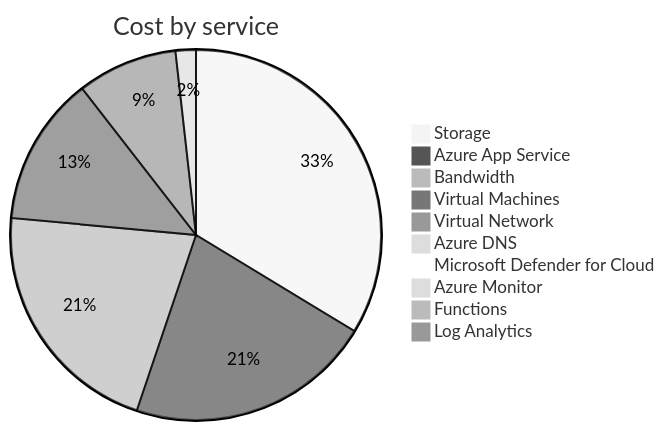
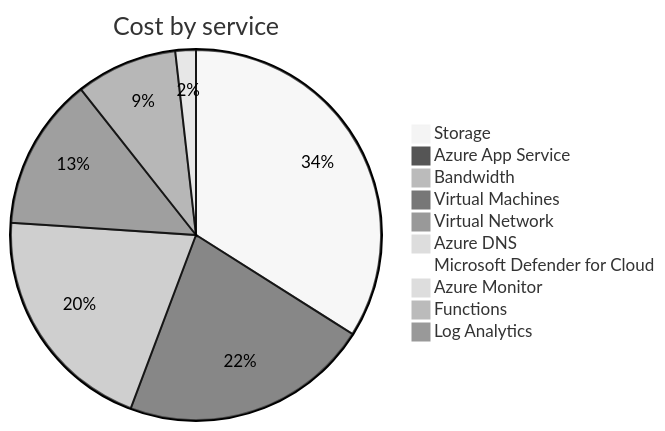
Before and after one commit to jpfulton/azure-personal-reports: the second of 4 diagrams in cost-reports/accumulated-cost.md, drawn with Mermaid (neutral theme). The commit also changed other lines of this file and 4 other files, not shown here.

````diff
--- a/cost-reports/accumulated-cost.md
+++ b/cost-reports/accumulated-cost.md
@@ -100,14 +100,14 @@
 ```mermaid
 pie
    title Cost by service
-   "Storage" : 12.91
-   "Azure App Service" : 8.24
+   "Storage" : 13.64
+   "Azure App Service" : 8.73
    "Bandwidth" : 8.16
-   "Virtual Machines" : 4.99
-   "Virtual Network" : 3.35
-   "Azure DNS" : 0.68
-   "Microsoft Defender for Cloud" : 0.33
+   "Virtual Machines" : 5.34
+   "Virtual Network" : 3.55
+   "Azure DNS" : 0.72
+   "Microsoft Defender for Cloud" : 0.35
    "Azure Monitor" : 0.00
    "Functions" : 0.00
    "Log Analytics" : 0.00
 ```
````
